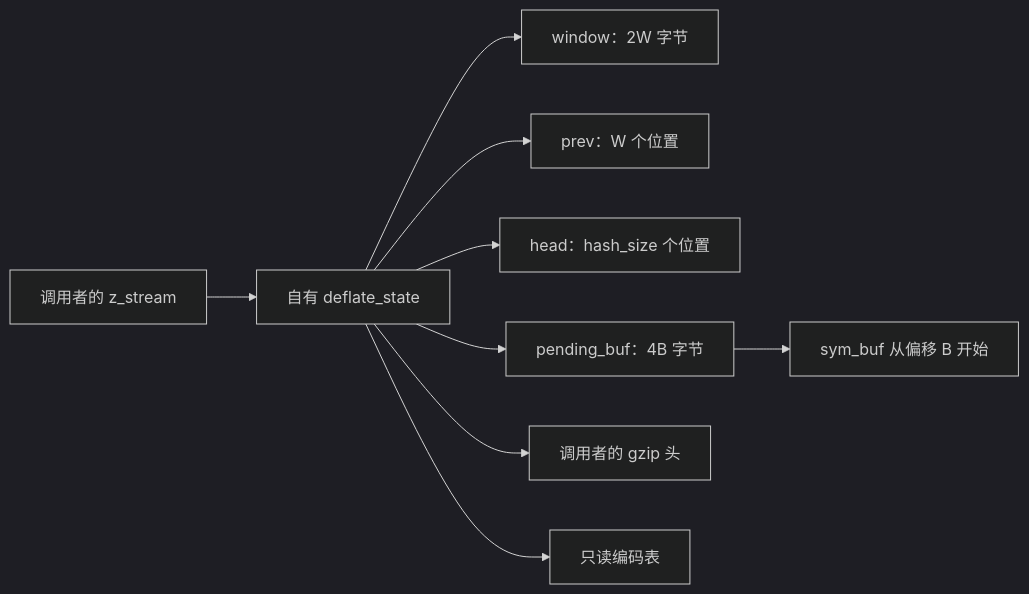
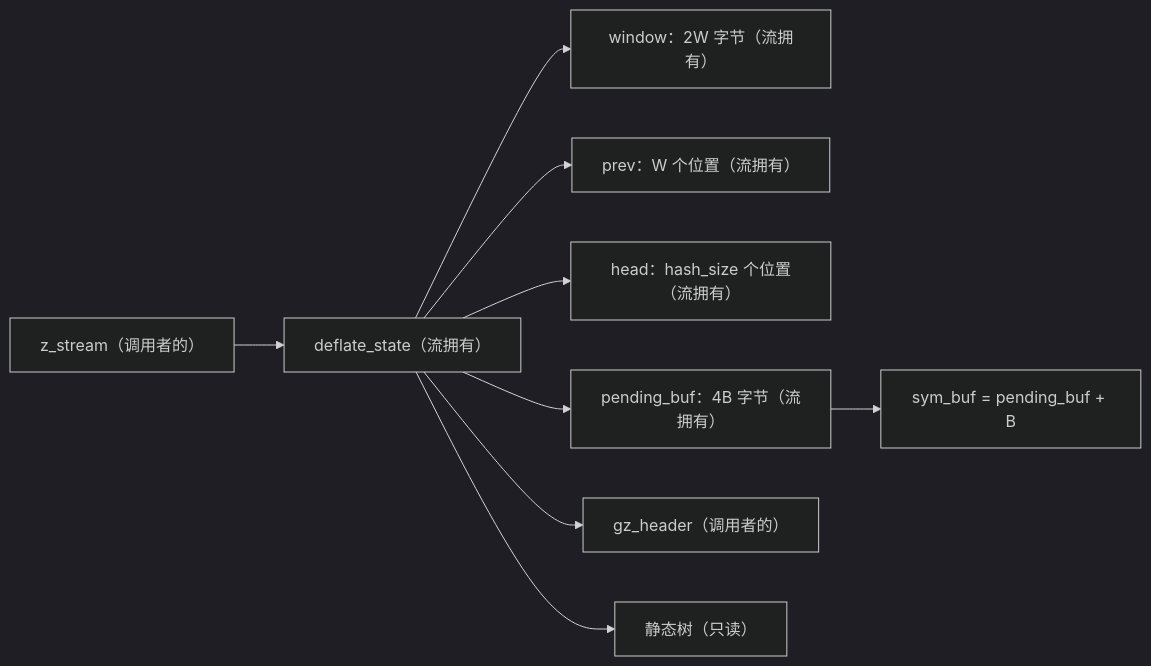
Before and after one commit to cla7aye15I4nd/oss-proof: the first of 3 diagrams in docs/proof/deflate.zh.md, drawn with Mermaid (dark theme). The commit also changed other lines of this file and 7 other files, not shown here.

````diff
--- a/docs/proof/deflate.zh.md
+++ b/docs/proof/deflate.zh.md
@@ -83,11 +54,11 @@
 ```mermaid
 flowchart LR
-    Stream["调用者的 z_stream"] --> State["自有 deflate_state"]
-    State --> Window["window：2W 字节"]
-    State --> Prev["prev：W 个位置"]
-    State --> Head["head：hash_size 个位置"]
-    State --> Pending["pending_buf：4B 字节"]
-    Pending --> Symbols["sym_buf 从偏移 B 开始"]
-    State --> Header["调用者的 gzip 头"]
-    State --> Tables["只读编码表"]
+    Stream["z_stream（调用者的）"] --> State["deflate_state（流拥有）"]
+    State --> Window["window：2W 字节（流拥有）"]
+    State --> Prev["prev：W 个位置（流拥有）"]
+    State --> Head["head：hash_size 个位置（流拥有）"]
+    State --> Pending["pending_buf：4B 字节（流拥有）"]
+    Pending --> Symbols["sym_buf = pending_buf + B"]
+    State --> Header["gz_header（调用者的）"]
+    State --> Tables["静态树（只读）"]
 ```
````
